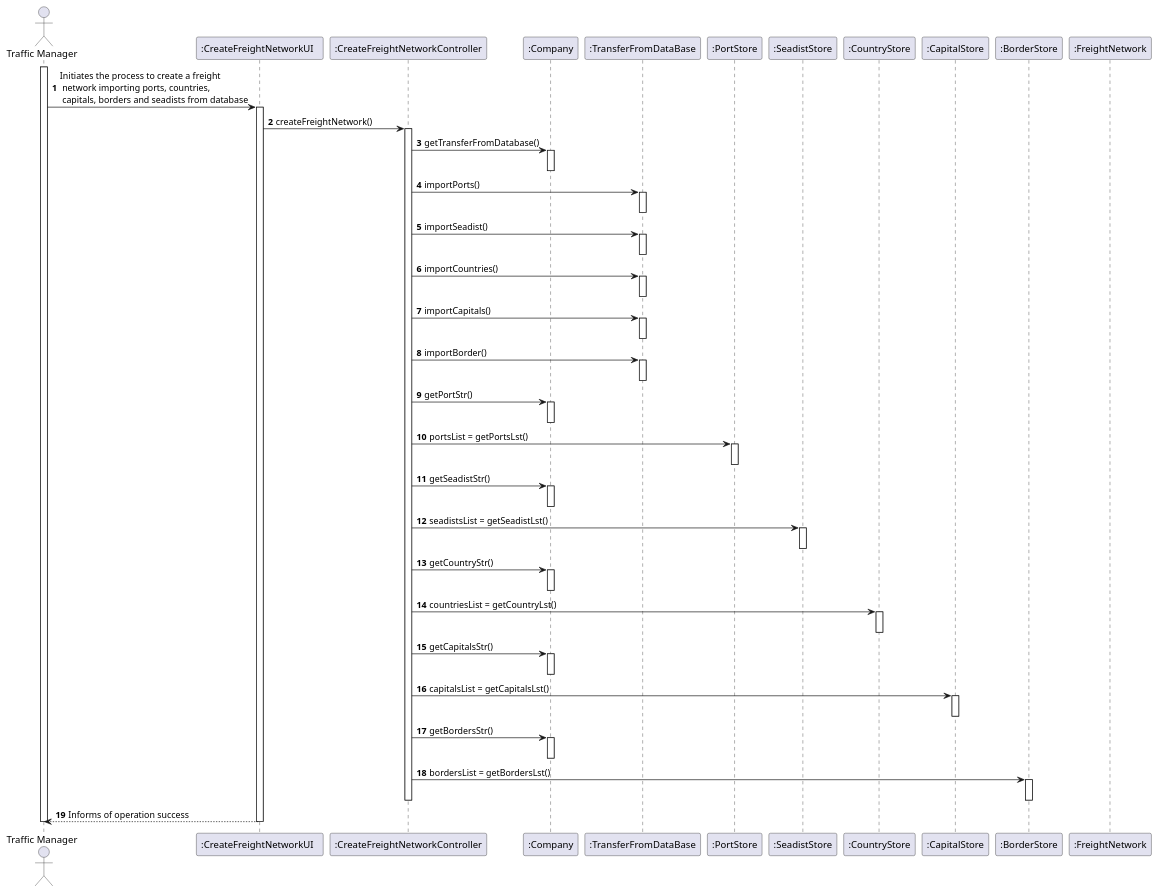
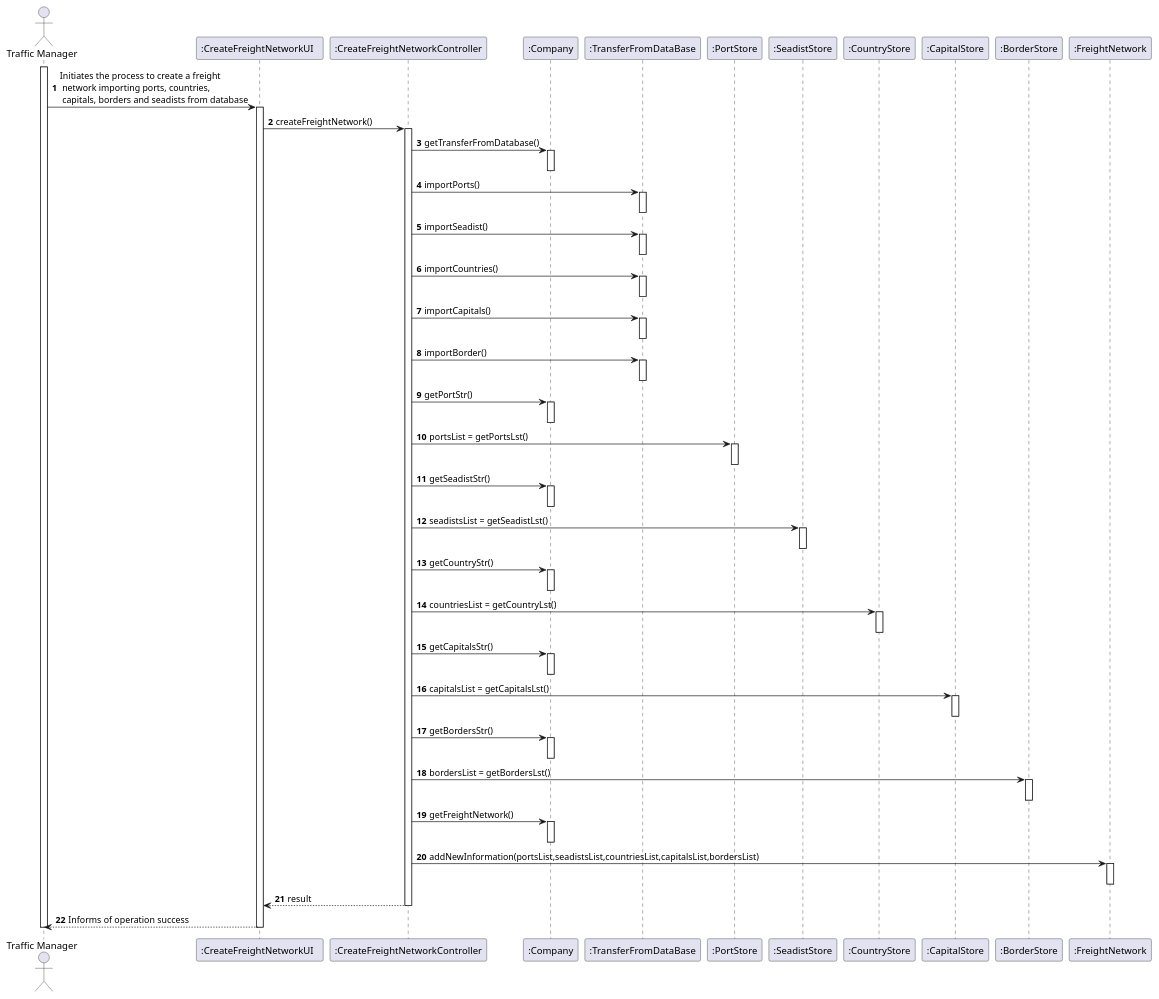
The diagram in docs/US301/US301_SD.puml (0franciscor/lapr3-2021-g042), drawn with PlantUML before and after one commit. The commit also changed 1 other file, not shown here.

```diff
--- a/docs/US301/US301_SD.puml
+++ b/docs/US301/US301_SD.puml
@@ -1,78 +1,85 @@
 @startuml
 'https://plantuml.com/sequence-diagram
 
 autonumber
 actor "Traffic Manager" as TM
 participant ":CreateFreightNetworkUI  " as UI
 participant ":CreateFreightNetworkController" as CTRL
 participant ":Company" as CMP
 participant ":TransferFromDataBase" as transfer
 participant ":PortStore" as pStore
 participant ":SeadistStore" as sStore
 participant ":CountryStore" as cStore
 participant ":CapitalStore" as capitals
 participant ":BorderStore" as bStore
 participant ":FreightNetwork" as network
 
 
 activate TM
 TM -> UI: Initiates the process to create a freight \n network importing ports, countries,\n capitals, borders and seadists from database
 activate UI
 UI -> CTRL : createFreightNetwork()
 activate CTRL
 CTRL -> CMP : getTransferFromDatabase()
 activate CMP
 deactivate CMP
 CTRL -> transfer : importPorts()
 activate transfer
 deactivate transfer
 CTRL -> transfer : importSeadist()
 activate transfer
 deactivate transfer
 CTRL -> transfer : importCountries()
 activate transfer
 deactivate transfer
 CTRL -> transfer : importCapitals()
 activate transfer
 deactivate transfer
 CTRL -> transfer : importBorder()
 activate transfer
 deactivate transfer
 CTRL -> CMP: getPortStr()
 activate CMP
 deactivate CMP
 CTRL-> pStore : portsList = getPortsLst()
 activate pStore
 deactivate pStore
 CTRL -> CMP: getSeadistStr()
 activate CMP
 deactivate CMP
 CTRL-> sStore : seadistsList = getSeadistLst()
 activate sStore
 deactivate sStore
 CTRL -> CMP: getCountryStr()
 activate CMP
 deactivate CMP
 CTRL-> cStore : countriesList = getCountryLst()
 activate cStore
 deactivate cStore
 CTRL -> CMP: getCapitalsStr()
 activate CMP
 deactivate CMP
 CTRL-> capitals : capitalsList = getCapitalsLst()
 activate capitals
 deactivate capitals
 CTRL -> CMP: getBordersStr()
 activate CMP
 deactivate CMP
 CTRL-> bStore : bordersList = getBordersLst()
 activate bStore
 deactivate bStore
+CTRL -> CMP : getFreightNetwork()
+activate CMP
+deactivate CMP
+CTRL->network : addNewInformation(portsList,seadistsList,countriesList,capitalsList,bordersList)
+activate network
+deactivate network
+CTRL --> UI: result
 deactivate CTRL
 
 UI --> TM : Informs of operation success
 deactivate UI
 
 deactivate TM
 
 @enduml
```
